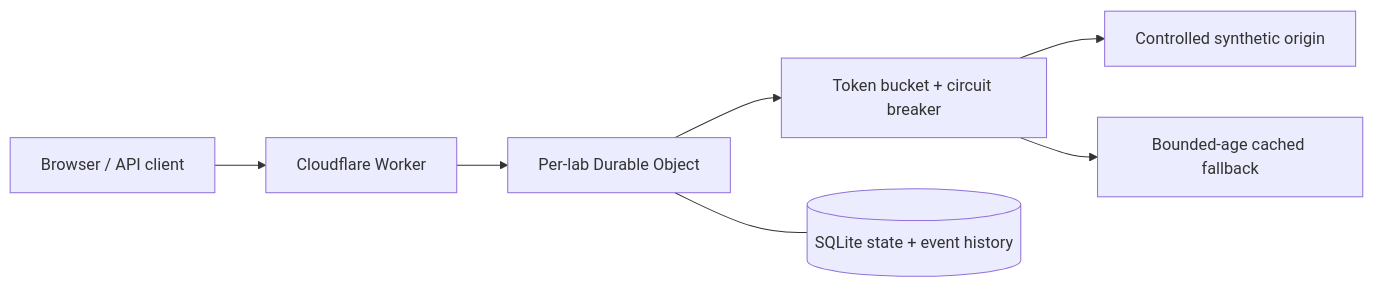
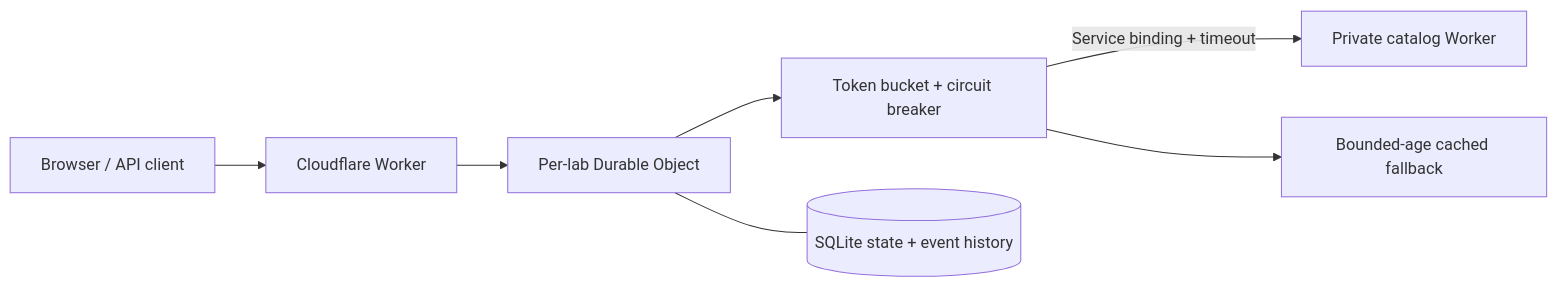
One commit to HenryWashuHe/edgelab changed the diagram in README.md. Above: the diagram before and after it, drawn with Mermaid. The commit also changed other lines of this file and 20 other files, not shown here.

Commit message:
Upgrade EdgeLab with private origin, real caching, and guided experiments

````diff
--- a/README.md
+++ b/README.md
@@ -34,9 +38,9 @@
 ```mermaid
 flowchart LR
     B[Browser / API client] --> W[Cloudflare Worker]
     W --> D[Per-lab Durable Object]
     D --> T[Token bucket + circuit breaker]
-    T --> O[Controlled synthetic origin]
+    T -->|Service binding + timeout| O[Private catalog Worker]
     T --> C[Bounded-age cached fallback]
     D --- S[(SQLite state + event history)]
 ```
````
